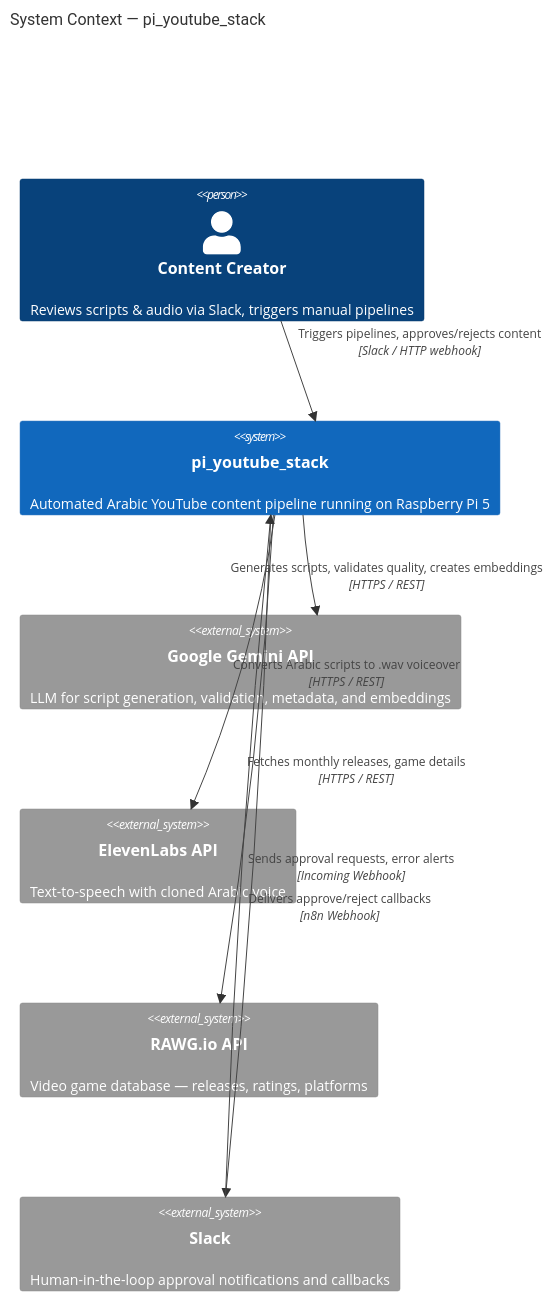
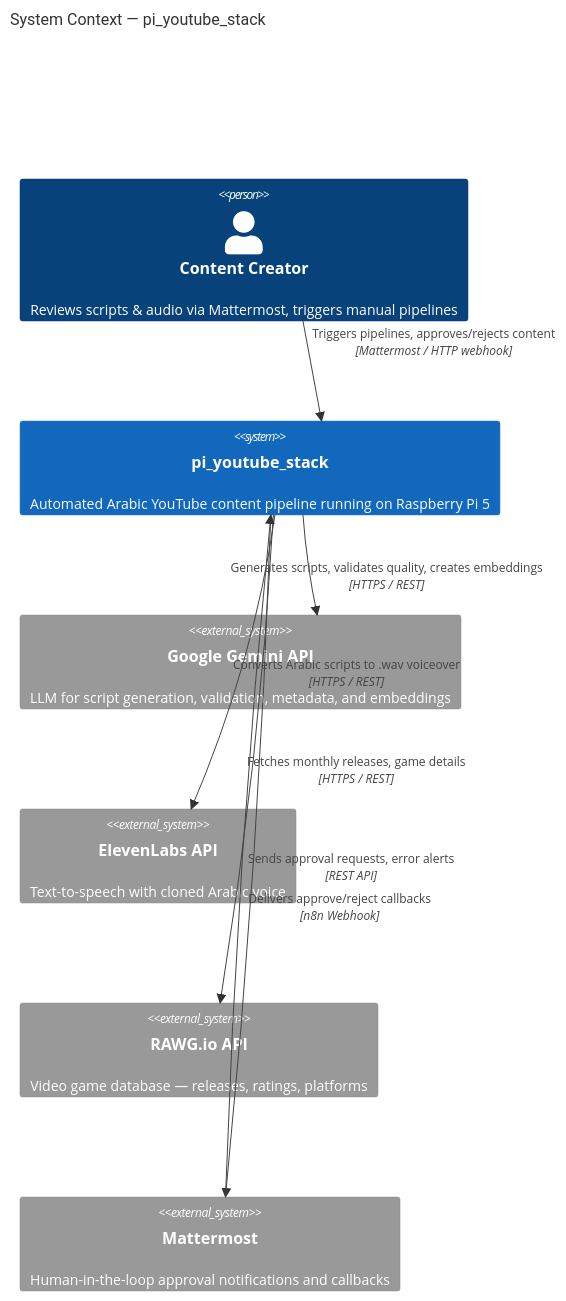
One commit to Adamo-97/pi_setup changed the first of 4 diagrams in pi_youtube_stack/README.md. Above: the diagram before and after it, drawn with Mermaid. The commit also changed other lines of this file and 39 other files, not shown here.

First line of the commit message:
Refactor to integrate Mattermost for notifications and approvals

````diff
--- a/pi_youtube_stack/README.md
+++ b/pi_youtube_stack/README.md
@@ -9,24 +9,24 @@
 ```mermaid
 C4Context
     title System Context — pi_youtube_stack
 
-    Person(human, "Content Creator", "Reviews scripts & audio via Slack, triggers manual pipelines")
+    Person(human, "Content Creator", "Reviews scripts & audio via Mattermost, triggers manual pipelines")
 
     System(pi_stack, "pi_youtube_stack", "Automated Arabic YouTube content pipeline running on Raspberry Pi 5")
 
     System_Ext(gemini, "Google Gemini API", "LLM for script generation, validation, metadata, and embeddings")
     System_Ext(elevenlabs, "ElevenLabs API", "Text-to-speech with cloned Arabic voice")
     System_Ext(rawg, "RAWG.io API", "Video game database — releases, ratings, platforms")
-    System_Ext(slack, "Slack", "Human-in-the-loop approval notifications and callbacks")
+    System_Ext(mattermost, "Mattermost", "Human-in-the-loop approval notifications and callbacks")
 
-    Rel(human, pi_stack, "Triggers pipelines, approves/rejects content", "Slack / HTTP webhook")
+    Rel(human, pi_stack, "Triggers pipelines, approves/rejects content", "Mattermost / HTTP webhook")
     Rel(pi_stack, gemini, "Generates scripts, validates quality, creates embeddings", "HTTPS / REST")
     Rel(pi_stack, elevenlabs, "Converts Arabic scripts to .wav voiceover", "HTTPS / REST")
     Rel(pi_stack, rawg, "Fetches monthly releases, game details", "HTTPS / REST")
-    Rel(pi_stack, slack, "Sends approval requests, error alerts", "Incoming Webhook")
-    Rel(slack, pi_stack, "Delivers approve/reject callbacks", "n8n Webhook")
+    Rel(pi_stack, mattermost, "Sends approval requests, error alerts", "REST API")
+    Rel(mattermost, pi_stack, "Delivers approve/reject callbacks", "n8n Webhook")
 
     UpdateRelStyle(human, pi_stack, $offsetY="-40")
     UpdateRelStyle(pi_stack, gemini, $offsetX="-80")
-    UpdateRelStyle(slack, pi_stack, $offsetY="40")
+    UpdateRelStyle(mattermost, pi_stack, $offsetY="40")
 ```
````
